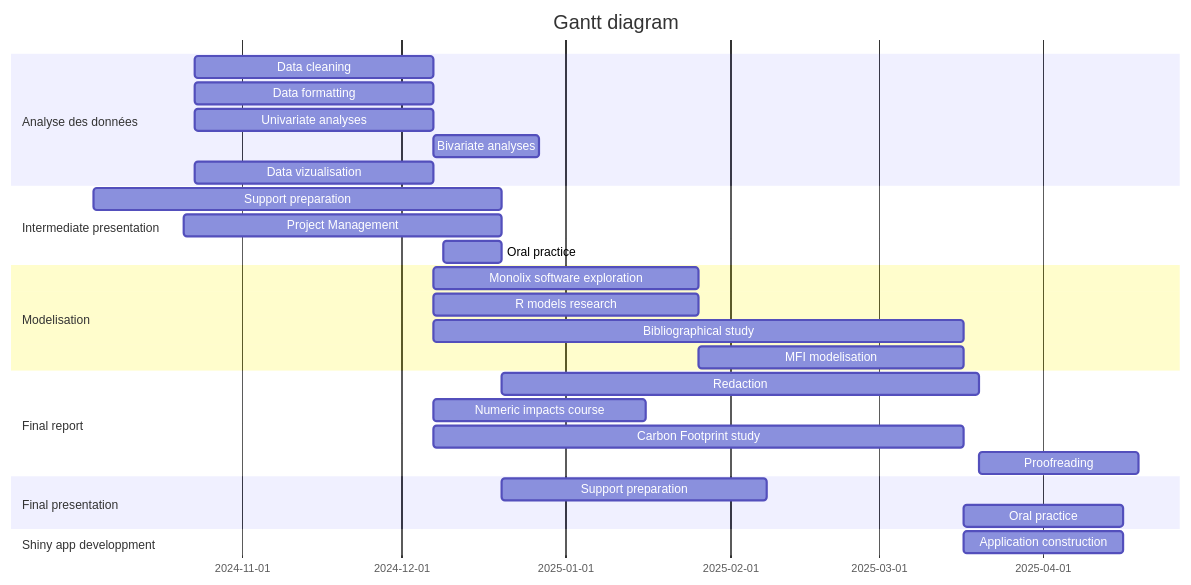
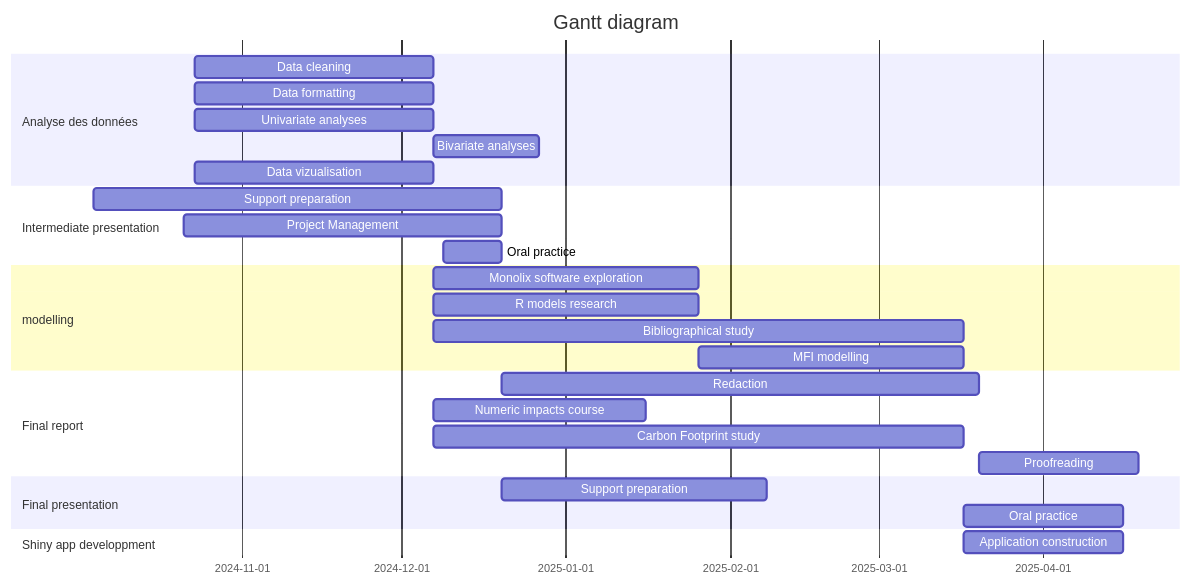
One commit to MatMaz5/Projet_tutore_M1 changed the first of 2 diagrams in Rendu intermédiaire/Presentation_intermediaire.qmd. Above: the diagram before and after it, drawn with Mermaid. The commit also changed other lines of this file and 1 other file, not shown here.

````diff
--- a/Rendu intermédiaire/Presentation_intermediaire.qmd
+++ b/Rendu intermédiaire/Presentation_intermediaire.qmd
@@ -181,30 +190,30 @@
 ```{mermaid}
 gantt
    title Gantt diagram
    dateFormat  DD-MM-YYYY
    section Analyse des données
    Data cleaning : a1, 23-10-2024, 45d
    Data formatting : a2, 23-10-2024, 45d
    Univariate analyses : a3, 23-10-2024, 45d
    Bivariate analyses : a4, after a3, 20d
    Data vizualisation : a5, 23-10-2024, 45d
    section Intermediate presentation
    Support preparation : a6, 04-10-2024, 20-12-2024
    Project Management : a7, 21-10-2024, 20-12-2024
    Oral practice: a8, 09-12-2024, 20-12-2024
-   section Modelisation
+   section modelling
    Monolix software exploration : a9, after a3  , 50d
    R models research : a10, after a3, 50d
    Bibliographical study : a11, after a3, 100d
-   MFI modelisation : a12, after a9  , 50d
+   MFI modelling : a12, after a9  , 50d
    section Final report
    Redaction : a13, after a8, 90d
    Numeric impacts course : a14, after a3, 40d
    Carbon Footprint study : a15, after a3, 100d
    Proofreading : a16, after a13, 30d
    section Final presentation
    Support preparation : a19, after a8, 50d
    Oral practice : a18, after a12, 30d
    section Shiny app developpment
    Application construction : a19, after a12  , 30d
 ```
````
